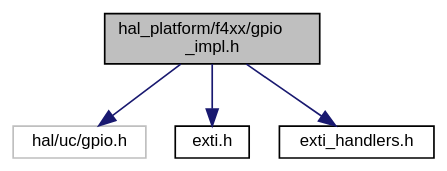
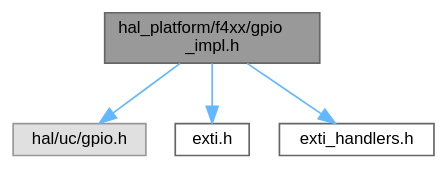
One commit to ebs-universe/piolib-hal-uc-stm32 changed the diagram in f4xx_2gpio__impl_8h__incl.dot. Above: the diagram before and after it, drawn with Graphviz. The commit also changed 1546 other files, not shown here.

```diff
--- a/f4xx_2gpio__impl_8h__incl.dot
+++ b/f4xx_2gpio__impl_8h__incl.dot
@@ -1,15 +1,15 @@
 digraph "hal_platform/f4xx/gpio_impl.h"
 {
  // INTERACTIVE_SVG=YES
  // LATEX_PDF_SIZE
   bgcolor="transparent";
-  edge [fontname="Helvetica",fontsize="10",labelfontname="Helvetica",labelfontsize="10"];
-  node [fontname="Helvetica",fontsize="10",shape=record];
-  Node1 [label="hal_platform/f4xx/gpio\l_impl.h",height=0.2,width=0.4,color="black", fillcolor="grey75", style="filled", fontcolor="black",tooltip=" "];
-  Node1 -> Node2 [color="midnightblue",fontsize="10",style="solid",fontname="Helvetica"];
-  Node2 [label="hal/uc/gpio.h",height=0.2,width=0.4,color="grey75",tooltip=" "];
-  Node1 -> Node3 [color="midnightblue",fontsize="10",style="solid",fontname="Helvetica"];
-  Node3 [label="exti.h",height=0.2,width=0.4,color="black",URL="$f4xx_2exti_8h.html",tooltip=" "];
-  Node1 -> Node4 [color="midnightblue",fontsize="10",style="solid",fontname="Helvetica"];
-  Node4 [label="exti_handlers.h",height=0.2,width=0.4,color="black",URL="$f4xx_2exti__handlers_8h.html",tooltip=" "];
+  edge [fontname=Helvetica,fontsize=10,labelfontname=Helvetica,labelfontsize=10];
+  node [fontname=Helvetica,fontsize=10,shape=box,height=0.2,width=0.4];
+  Node1 [id="Node000001",label="hal_platform/f4xx/gpio\l_impl.h",height=0.2,width=0.4,color="gray40", fillcolor="grey60", style="filled", fontcolor="black",tooltip=" "];
+  Node1 -> Node2 [id="edge1_Node000001_Node000002",color="steelblue1",style="solid",tooltip=" "];
+  Node2 [id="Node000002",label="hal/uc/gpio.h",height=0.2,width=0.4,color="grey60", fillcolor="#E0E0E0", style="filled",tooltip=" "];
+  Node1 -> Node3 [id="edge2_Node000001_Node000003",color="steelblue1",style="solid",tooltip=" "];
+  Node3 [id="Node000003",label="exti.h",height=0.2,width=0.4,color="grey40", fillcolor="white", style="filled",URL="$f4xx_2exti_8h.html",tooltip=" "];
+  Node1 -> Node4 [id="edge3_Node000001_Node000004",color="steelblue1",style="solid",tooltip=" "];
+  Node4 [id="Node000004",label="exti_handlers.h",height=0.2,width=0.4,color="grey40", fillcolor="white", style="filled",URL="$f4xx_2exti__handlers_8h.html",tooltip=" "];
 }
```
